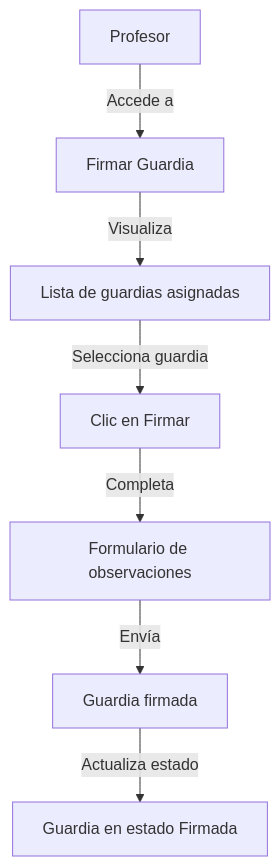
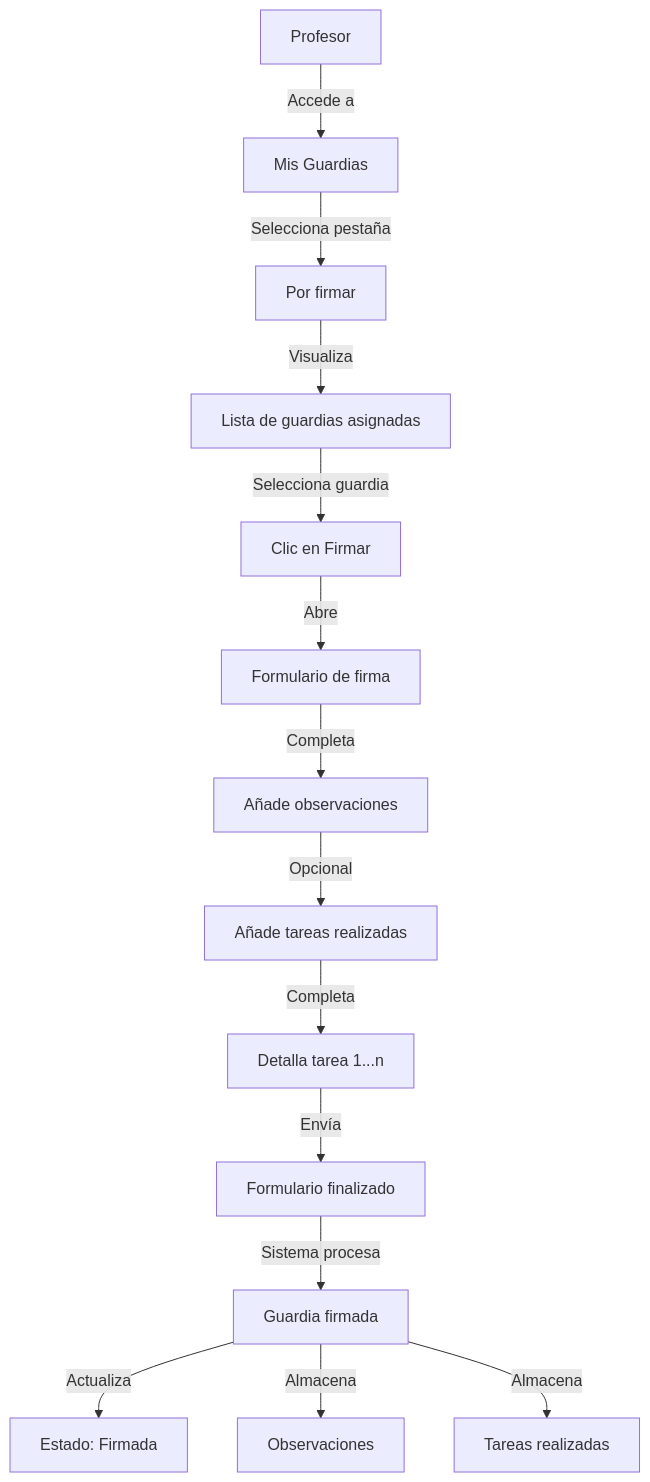
The sixth of 20 diagrams in doc/DIAGRAMAS-FLUJO.md (RGiskard7/gestion-guardias), drawn with Mermaid before and after one commit. The commit also changed other lines of this file and 5 other files, not shown here.

First line of the commit message:
docs: actualizar documentación técnica y diagramas

````diff
--- a/doc/DIAGRAMAS-FLUJO.md
+++ b/doc/DIAGRAMAS-FLUJO.md
@@ -97,9 +125,16 @@
 ```mermaid
 flowchart TD
-    A[Profesor] -->|Accede a| B[Firmar Guardia]
-    B -->|Visualiza| C[Lista de guardias asignadas]
-    C -->|Selecciona guardia| D[Clic en Firmar]
-    D -->|Completa| E[Formulario de observaciones]
-    E -->|Envía| F[Guardia firmada]
-    F -->|Actualiza estado| G[Guardia en estado Firmada]
+    A[Profesor] -->|Accede a| B[Mis Guardias]
+    B -->|Selecciona pestaña| C[Por firmar]
+    C -->|Visualiza| D[Lista de guardias asignadas]
+    D -->|Selecciona guardia| E[Clic en Firmar]
+    E -->|Abre| F[Formulario de firma]
+    F -->|Completa| G[Añade observaciones]
+    G -->|Opcional| H[Añade tareas realizadas]
+    H -->|Completa| I[Detalla tarea 1...n]
+    I -->|Envía| J[Formulario finalizado]
+    J -->|Sistema procesa| K[Guardia firmada]
+    K -->|Actualiza| L[Estado: Firmada]
+    K -->|Almacena| M[Observaciones]
+    K -->|Almacena| N[Tareas realizadas]
 ```
````
